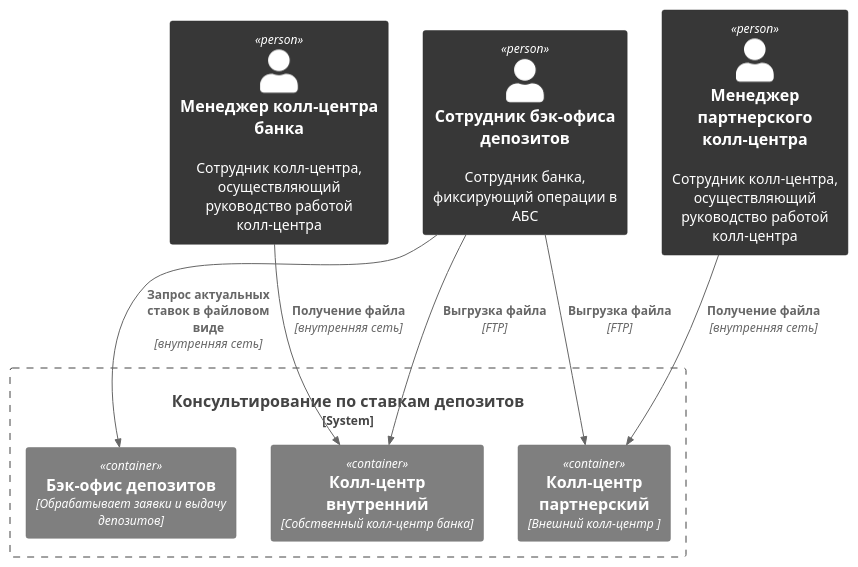
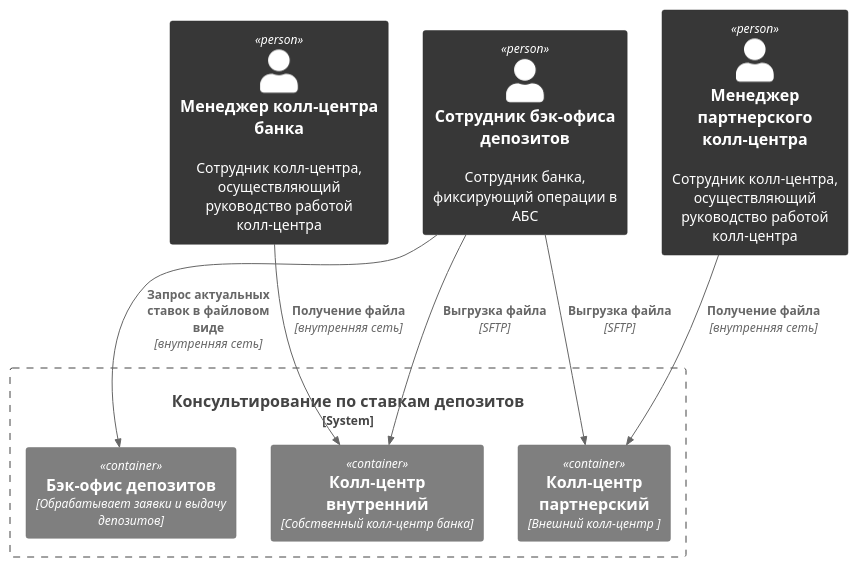
One commit to sdilman/architecture-standart changed the diagram in Task4/c4_alternative.puml. Above: the diagram before and after it, drawn with PlantUML. The commit also changed 6 other files, not shown here.

```diff
--- a/Task4/c4_alternative.puml
+++ b/Task4/c4_alternative.puml
@@ -1,29 +1,29 @@
 @startuml Bank_System_C4
 !include https://raw.githubusercontent.com/plantuml-stdlib/C4-PlantUML/master/C4_Container.puml
 
 ' --- Настройки ---
 skinparam wrapWidth 200
 skinparam monochrome true
 skinparam shadowing false
 
 ' --- Персонажи ---
 Person(call_employee_bank, "Менеджер колл-центра банка", "Сотрудник колл-центра, осуществляющий руководство работой колл-центра")
 Person(call_employee_partner, "Менеджер партнерского колл-центра", "Сотрудник колл-центра, осуществляющий руководство работой колл-центра")
 Person(back_employee, "Сотрудник бэк-офиса депозитов", "Сотрудник банка, фиксирующий операции в АБС")
 
 ' --- Системы ---
 System_Boundary(bank_boundary, "Консультирование по ставкам депозитов") {
     Container(back_office, "Бэк-офис депозитов", "Обрабатывает заявки и выдачу депозитов")
     Container(call_center_internal, "Колл-центр внутренний", "Собственный колл-центр банка")
     Container(call_center_partner, "Колл-центр партнерский", "Внешний колл-центр ")
 }
 
 ' --- Связи ---
 Rel(back_employee, back_office, "Запрос актуальных ставок в файловом виде", "внутренняя сеть")
-Rel(back_employee, call_center_internal, "Выгрузка файла", "FTP")
-Rel(back_employee, call_center_partner, "Выгрузка файла", "FTP")
+Rel(back_employee, call_center_internal, "Выгрузка файла", "SFTP")
+Rel(back_employee, call_center_partner, "Выгрузка файла", "SFTP")
 Rel(call_employee_partner, call_center_partner, "Получение файла", "внутренняя сеть")
 Rel(call_employee_bank, call_center_internal, "Получение файла", "внутренняя сеть")
 
 
 @enduml
```
